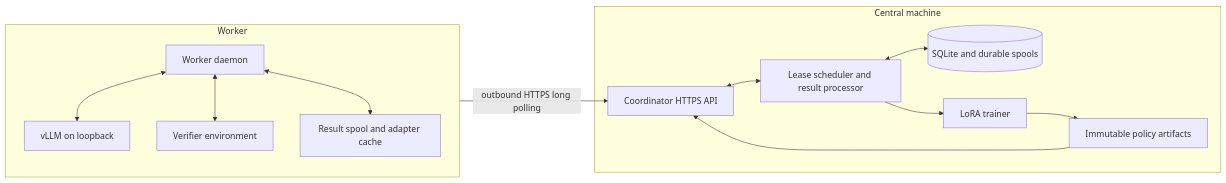
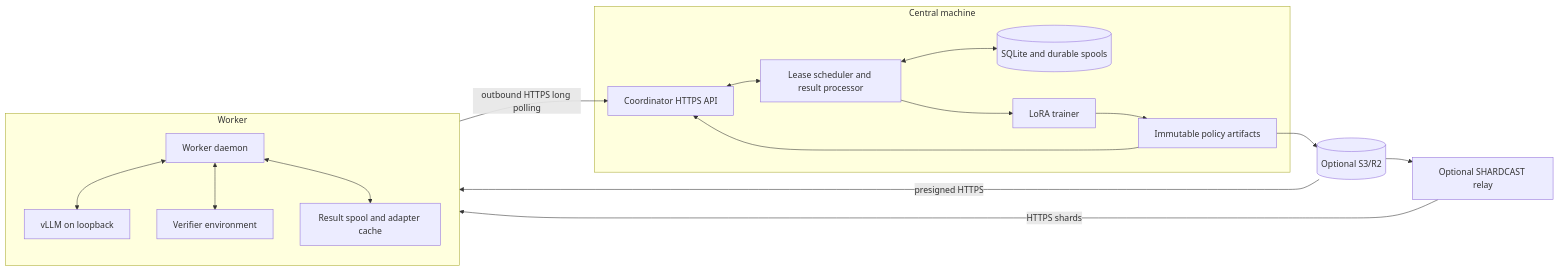
Before and after one commit to aethercompute/aether-rl: the diagram in docs/overview.md, drawn with Mermaid. The commit also changed other lines of this file and 44 other files, not shown here.

````diff
--- a/docs/overview.md
+++ b/docs/overview.md
@@ -5,25 +5,31 @@
 ```mermaid
 flowchart LR
     subgraph Central[Central machine]
         API[Coordinator HTTPS API]
         DB[(SQLite and durable spools)]
         Scheduler[Lease scheduler and result processor]
         Trainer[LoRA trainer]
         Policies[Immutable policy artifacts]
         API <--> Scheduler
         Scheduler <--> DB
         Scheduler --> Trainer
         Trainer --> Policies
         Policies --> API
     end
+    ObjectStore[(Optional S3/R2)]
+    Relay[Optional SHARDCAST relay]
     subgraph WorkerA[Worker]
         DaemonA[Worker daemon]
         VLLMA[vLLM on loopback]
         EnvA[Verifier environment]
         SpoolA[Result spool and adapter cache]
         DaemonA <--> VLLMA
         DaemonA <--> EnvA
         DaemonA <--> SpoolA
     end
     WorkerA -->|outbound HTTPS long polling| API
+    Policies --> ObjectStore
+    ObjectStore --> Relay
+    ObjectStore -->|presigned HTTPS| WorkerA
+    Relay -->|HTTPS shards| WorkerA
 ```
````
